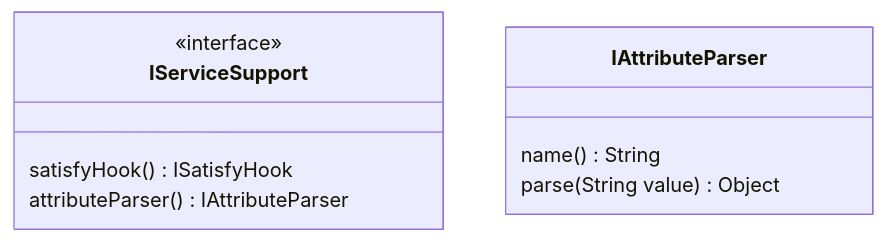
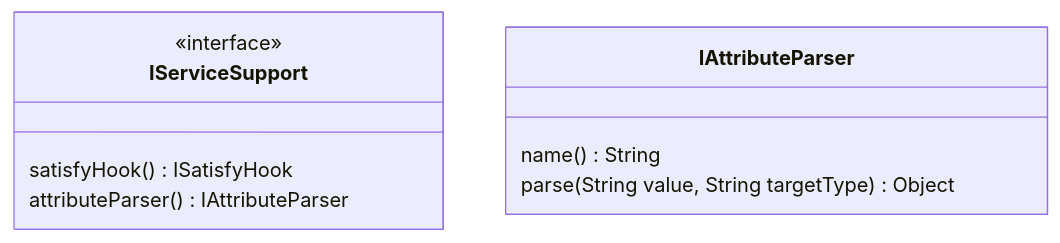
One commit to Inactionware/uapi.doc changed the third of 3 diagrams in design/dd/Service Framework/Inject Attribute to Prototype Service.md. Above: the diagram before and after it, drawn with Mermaid. The commit also changed 2 other files, not shown here.

Commit message:
Add attribute value parser in the config value parser

````diff
--- a/design/dd/Service Framework/Inject Attribute to Prototype Service.md
+++ b/design/dd/Service Framework/Inject Attribute to Prototype Service.md
@@ -92,14 +92,14 @@
 ```mermaid
 classDiagram
 
 class IServiceSupport {
 	<<interface>>
 	satisfyHook() ISatisfyHook
 	attributeParser() IAttributeParser
 }
 
 class IAttributeParser {
 	name() String
-	parse(String value) Object
+	parse(String value, String targetType) Object
 }
 ```
````
